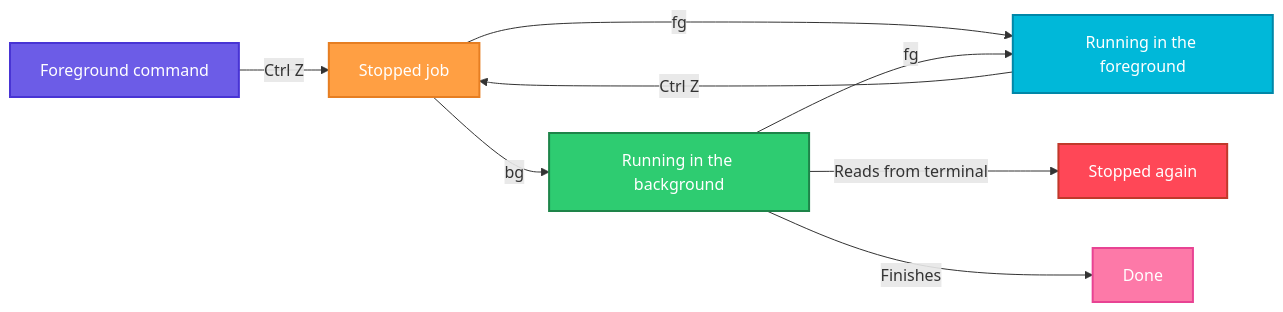
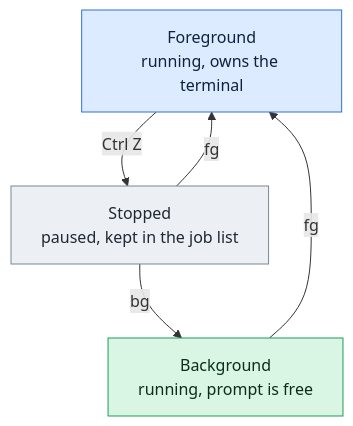
The diagram in linux/process-management/bg.md (codeKerdosTech/DevOps-Documentation), drawn with Mermaid before and after one commit. The commit also changed other lines of this file and 165 other files, not shown here.

Commit message:
updated diagrams in linux

````diff
--- a/linux/process-management/bg.md
+++ b/linux/process-management/bg.md
@@ -31,23 +31,15 @@
 ```mermaid
-flowchart LR
-    A[Foreground command] -->|Ctrl Z| B[Stopped job]
-    B -->|bg| C[Running in the background]
-    B -->|fg| D[Running in the foreground]
-    C -->|fg| D
-    D -->|Ctrl Z| B
-    C -->|Reads from terminal| E[Stopped again]
-    C -->|Finishes| F[Done]
-    classDef start fill:#6C5CE7,stroke:#4834D4,stroke-width:2px,color:#fff
-    classDef proc fill:#00B8D9,stroke:#0087A8,stroke-width:2px,color:#fff
-    classDef dec fill:#FFC312,stroke:#E1A100,stroke-width:2px,color:#222
-    classDef ok fill:#2ECC71,stroke:#1E8449,stroke-width:2px,color:#fff
-    classDef err fill:#FF4757,stroke:#C0392B,stroke-width:2px,color:#fff
-    classDef out fill:#FD79A8,stroke:#E84393,stroke-width:2px,color:#fff
-    classDef alt fill:#FF9F43,stroke:#E67E22,stroke-width:2px,color:#fff
-    class A start
-    class B alt
-    class C ok
-    class D proc
-    class E err
-    class F out
+flowchart TD
+    i1[Foreground<br/>running, owns the terminal] -->|Ctrl Z| n1[Stopped<br/>paused, kept in the job list]
+    n1 -->|bg| o1[Background<br/>running, prompt is free]
+    n1 -->|fg| i1
+    o1 -->|fg| i1
+    classDef inp fill:#DCEBFF,stroke:#2F6FDE,color:#10213F
+    classDef cmd fill:#FFF0C2,stroke:#C98A00,color:#3A2A00
+    classDef out fill:#D9F5E3,stroke:#1F9D55,color:#0B2E1A
+    classDef bad fill:#FDE0E0,stroke:#D13B3B,color:#4A0F0F
+    classDef note fill:#ECEFF3,stroke:#7B8794,color:#1F2933
+    class i1 inp
+    class n1 note
+    class o1 out
 ```
````
